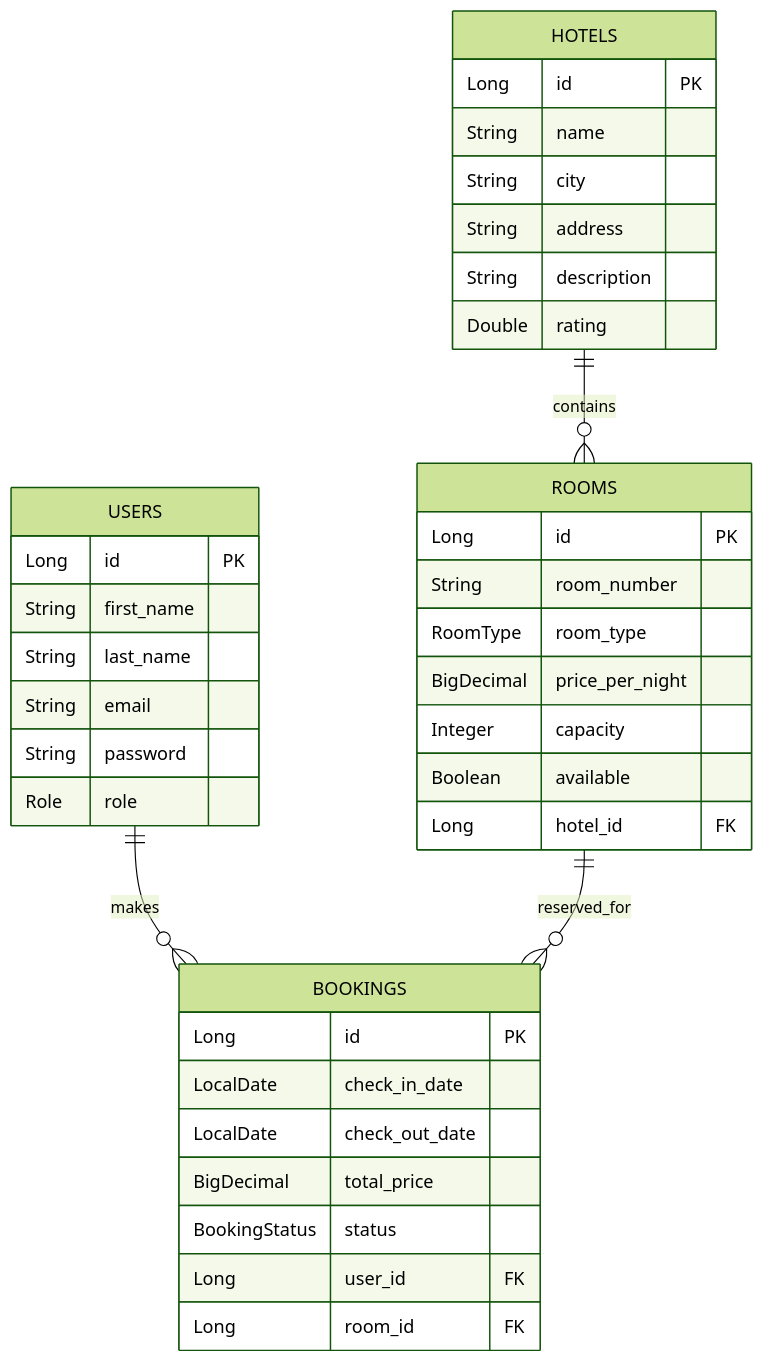
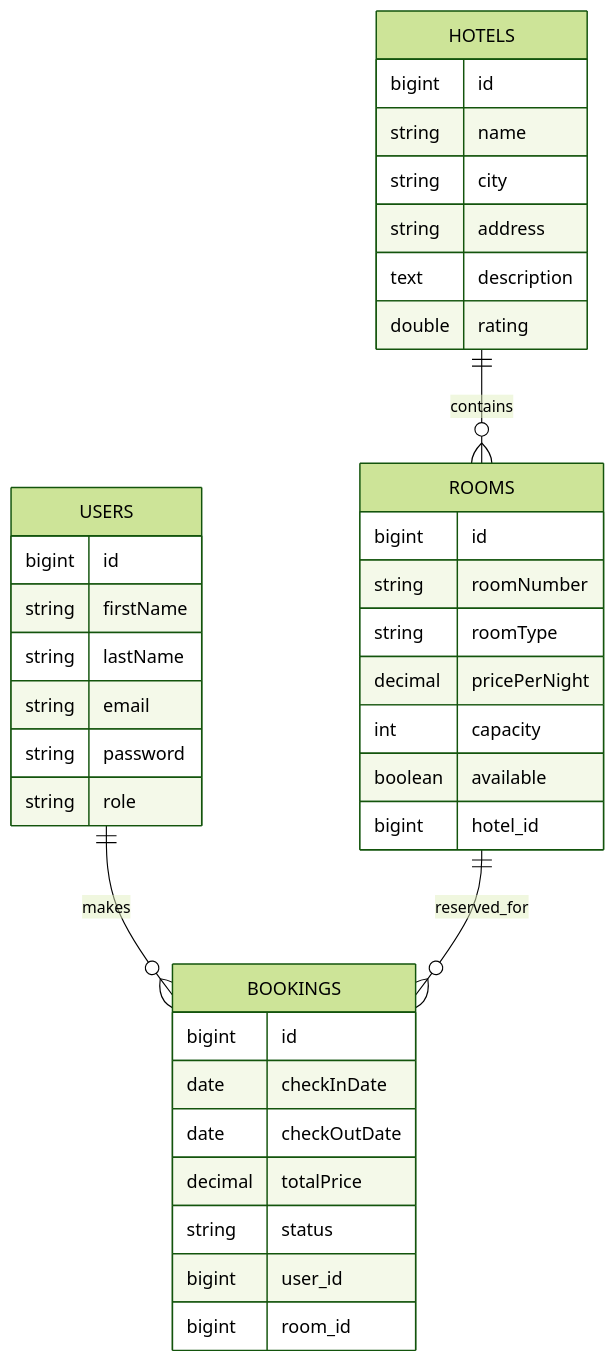
The diagram in README.md (mohameedhendy/hotel-booking-system), drawn with Mermaid (forest theme) before and after one commit. The commit also changed other lines of this file, not shown here.

````diff
--- a/README.md
+++ b/README.md
@@ -217,44 +96,44 @@
 ```mermaid
 erDiagram
     USERS ||--o{ BOOKINGS : makes
     HOTELS ||--o{ ROOMS : contains
     ROOMS ||--o{ BOOKINGS : reserved_for
 
     USERS {
-        Long id PK
-        String first_name
-        String last_name
-        String email
-        String password
-        Role role
+        bigint id
+        string firstName
+        string lastName
+        string email
+        string password
+        string role
     }
 
     HOTELS {
-        Long id PK
-        String name
-        String city
-        String address
-        String description
-        Double rating
+        bigint id
+        string name
+        string city
+        string address
+        text description
+        double rating
     }
 
     ROOMS {
-        Long id PK
-        String room_number
-        RoomType room_type
-        BigDecimal price_per_night
-        Integer capacity
-        Boolean available
-        Long hotel_id FK
+        bigint id
+        string roomNumber
+        string roomType
+        decimal pricePerNight
+        int capacity
+        boolean available
+        bigint hotel_id
     }
 
     BOOKINGS {
-        Long id PK
-        LocalDate check_in_date
-        LocalDate check_out_date
-        BigDecimal total_price
-        BookingStatus status
-        Long user_id FK
-        Long room_id FK
+        bigint id
+        date checkInDate
+        date checkOutDate
+        decimal totalPrice
+        string status
+        bigint user_id
+        bigint room_id
     }
 ```
````
